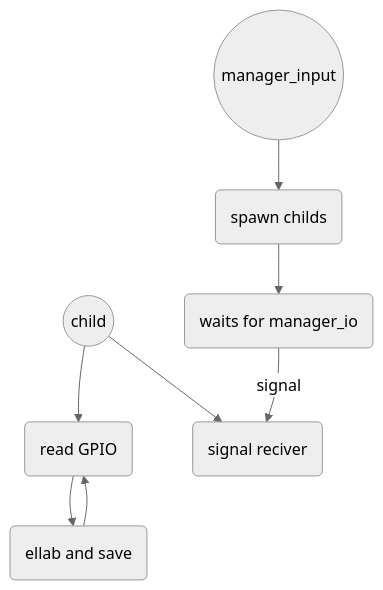
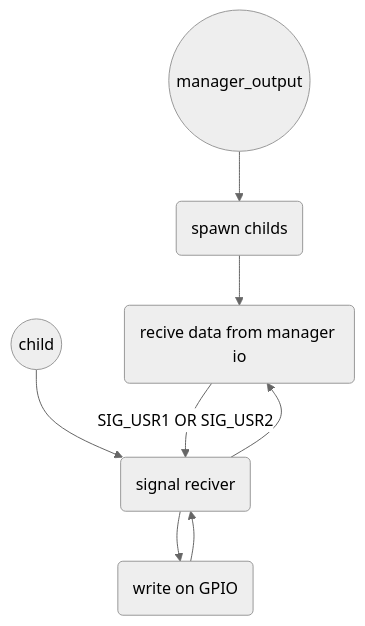
One commit to draane/egg-robotic-arm changed the fourth of 4 diagrams in README.md. Above: the diagram before and after it, drawn with Mermaid (neutral theme). The commit also changed other lines of this file, not shown here.

````diff
--- a/README.md
+++ b/README.md
@@ -59,10 +55,10 @@
 ```mermaid
 graph TD
-A((manager_input)) --> B(spawn childs)
-B(spawn childs) --> E(waits for manager_io)
-F((child)) --> G(read GPIO)
-F((child)) --> I(signal reciver)
-G(read GPIO) --> H(ellab and save)
-H(ellab and save) --> G(read GPIO)
-E(waits for manager_io)--signal-->I(signal reciver)
+A((manager_output)) --> B(spawn childs)
+B(spawn childs) --> E(recive data from manager io)
+F((child)) --> G(signal reciver)
+G-->E
+G --> H(write on GPIO)
+H --> G
+E--SIG_USR1 OR SIG_USR2-->G
 ```
````
